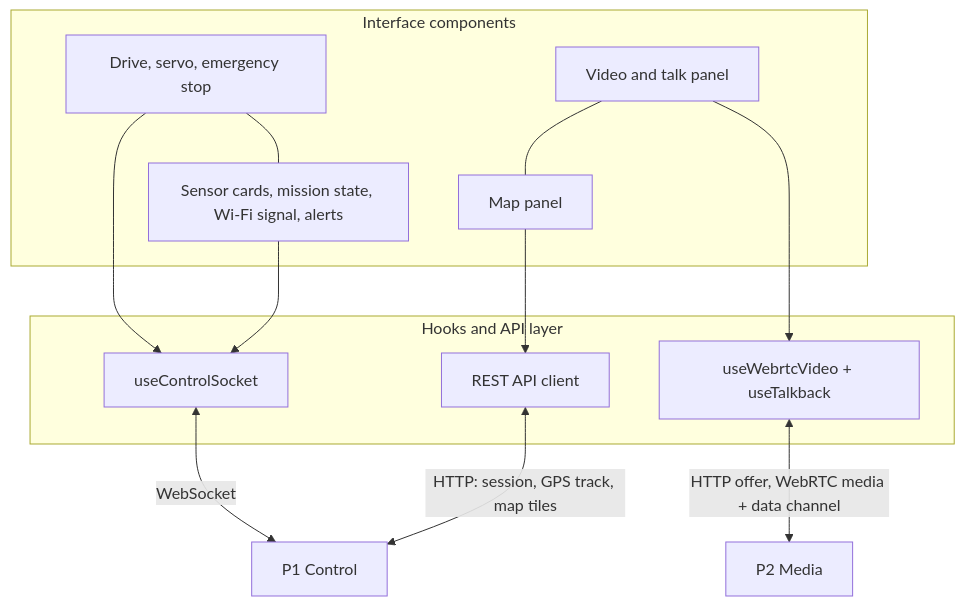
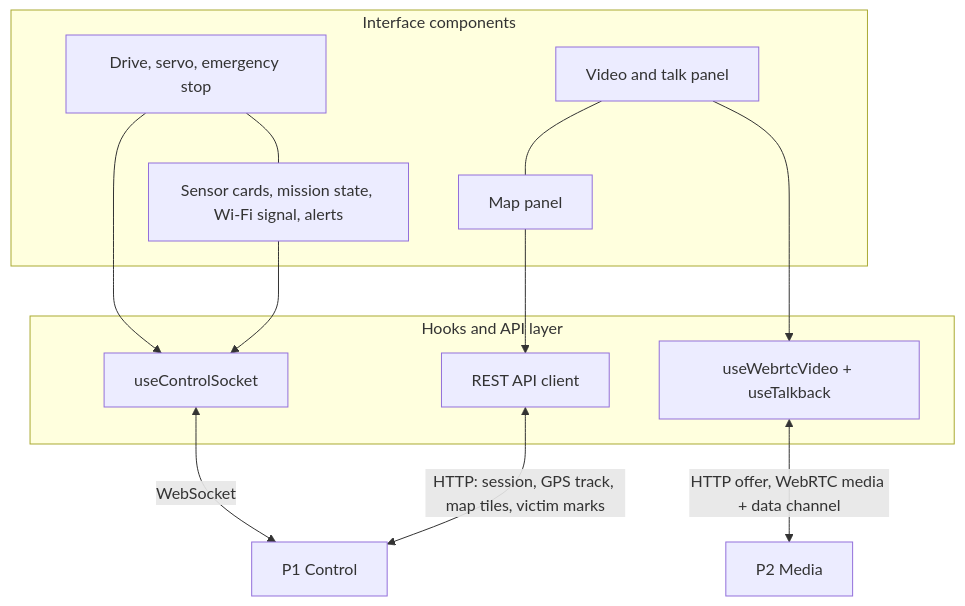
The seventh of 20 diagrams in research paper/RESEARCH PAPER.md (baiust999/robort-code-from-pi), drawn with Mermaid before and after one commit. The commit also changed other lines of this file and 26 other files, not shown here.

````diff
--- a/research paper/RESEARCH PAPER.md
+++ b/research paper/RESEARCH PAPER.md
@@ -420,19 +421,19 @@
 ```mermaid
 flowchart TB
   subgraph UI["Interface components"]
     DC["Drive, servo, emergency stop"] --- SC["Sensor cards, mission state, Wi-Fi signal, alerts"]
     VS["Video and talk panel"] --- MP["Map panel"]
   end
   subgraph HK["Hooks and API layer"]
     CS["useControlSocket"]
     WV["useWebrtcVideo + useTalkback"]
     API["REST API client"]
   end
   DC --> CS
   SC --> CS
   VS --> WV
   MP --> API
   CS <-- "WebSocket" --> P1["P1 Control"]
-  API <-- "HTTP: session, GPS track, map tiles" --> P1
+  API <-- "HTTP: session, GPS track, map tiles, victim marks" --> P1
   WV <-- "HTTP offer, WebRTC media + data channel" --> P2["P2 Media"]
 ```
````
